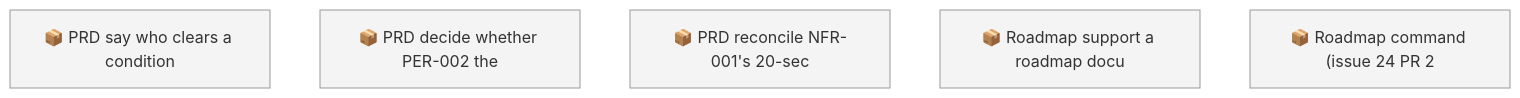
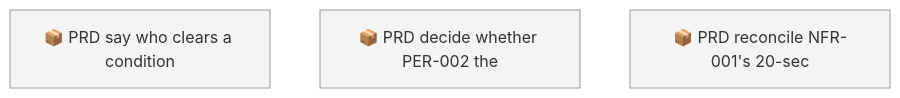
Before and after one commit to SpillwaveSolutions/prd-forge: the first of 2 diagrams in docs/roadmap.md, drawn with Mermaid. The commit also changed other lines of this file and 1 other file, not shown here.

First line of the commit message:
worklog: close #24 and the roadmap command epic

````diff
--- a/docs/roadmap.md
+++ b/docs/roadmap.md
@@ -46,10 +41,8 @@
 ```mermaid
 graph TD
     01M67NBJMD36KW0QP1S9D4SMAD["📦 PRD say who clears a condition"]
     01M67NBJQEWFPJ4YZADKC6ZXP7["📦 PRD decide whether PER-002 the"]
     01M67NBJTJAPJSEETE5YS6SVMT["📦 PRD reconcile NFR-001's 20-sec"]
-    01M67NKWT0E0CGYGZYJ8SV6ERN["📦 Roadmap support a roadmap docu"]
-    01M6CS2Q1R05GS1XZWR50CZEAQ["📦 Roadmap command (issue 24 PR 2"]
     classDef todo fill:#f4f4f4,stroke:#999999
-    class 01M67NBJMD36KW0QP1S9D4SMAD,01M67NBJQEWFPJ4YZADKC6ZXP7,01M67NBJTJAPJSEETE5YS6SVMT,01M67NKWT0E0CGYGZYJ8SV6ERN,01M6CS2Q1R05GS1XZWR50CZEAQ todo
+    class 01M67NBJMD36KW0QP1S9D4SMAD,01M67NBJQEWFPJ4YZADKC6ZXP7,01M67NBJTJAPJSEETE5YS6SVMT todo
 ```
````
